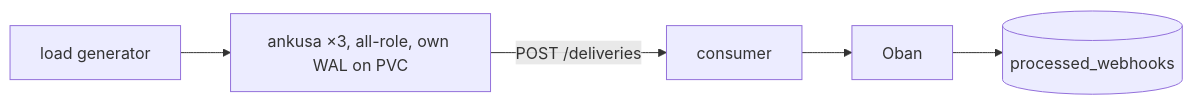
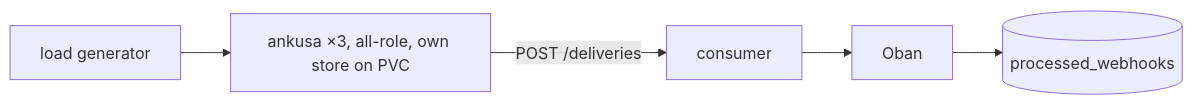
Before and after one commit to jamescarr/ankusa: the sixth of 6 diagrams in examples/README.md, drawn with Mermaid. The commit also changed other lines of this file and 129 other files, not shown here.

Commit message:
feat(store)!: one RocksDB store replaces the WAL, DLQ and state files (#54)

````diff
--- a/examples/README.md
+++ b/examples/README.md
@@ -112,7 +112,7 @@
 ```mermaid
 flowchart LR
-    L[load generator] --> N[ankusa ×3, all-role, own WAL on PVC]
+    L[load generator] --> N[ankusa ×3, all-role, own store on PVC]
     N -->|POST /deliveries| C[consumer]
     C --> OJ[Oban]
     OJ --> DB[(processed_webhooks)]
 ```
````
